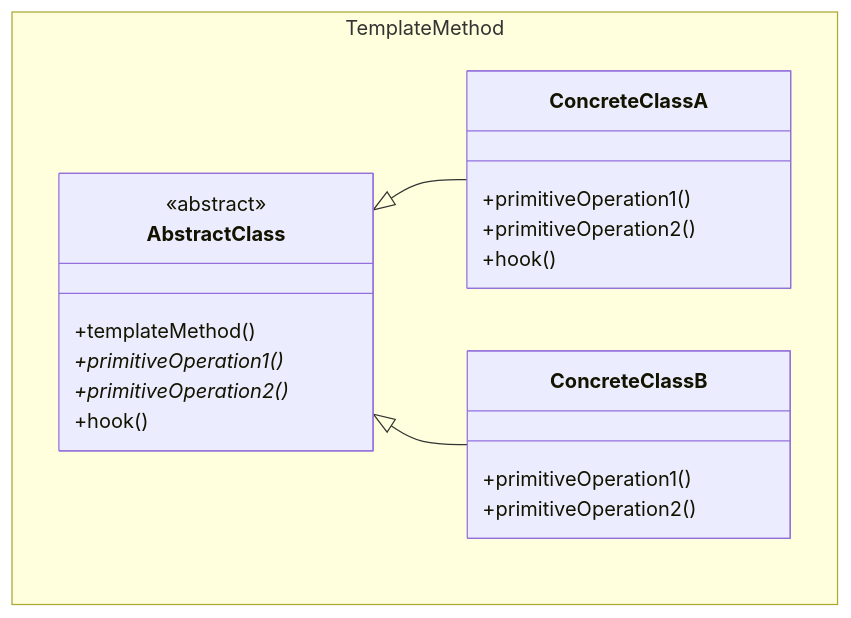
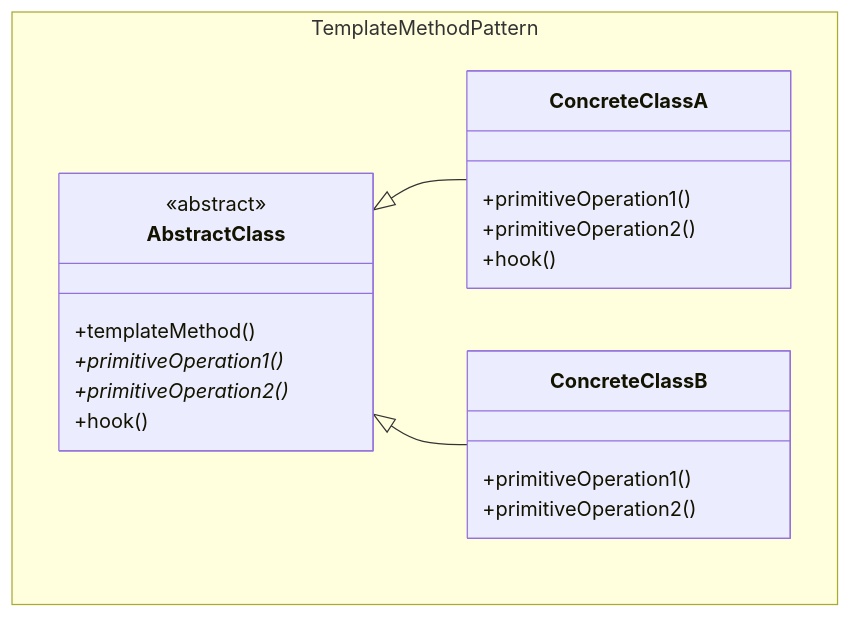
Before and after one commit to JheisonMB/software-patterns-guide: the first of 4 diagrams in patrones-diseno/comportamiento/patterns/TemplateMethod.md, drawn with Mermaid. The commit also changed other lines of this file and 22 other files, not shown here.

````diff
--- a/patrones-diseno/comportamiento/patterns/TemplateMethod.md
+++ b/patrones-diseno/comportamiento/patterns/TemplateMethod.md
@@ -25,26 +33,26 @@
 ```mermaid
 classDiagram
-    namespace TemplateMethod {
+    namespace TemplateMethodPattern {
         class AbstractClass {
             <<abstract>>
             +templateMethod()
             +primitiveOperation1()*
             +primitiveOperation2()*
             +hook()
         }
         
         class ConcreteClassA {
             +primitiveOperation1()
             +primitiveOperation2()
             +hook()
         }
         
         class ConcreteClassB {
             +primitiveOperation1()
             +primitiveOperation2()
         }
     }
     
     AbstractClass <|-- ConcreteClassA
     AbstractClass <|-- ConcreteClassB
 ```
````
